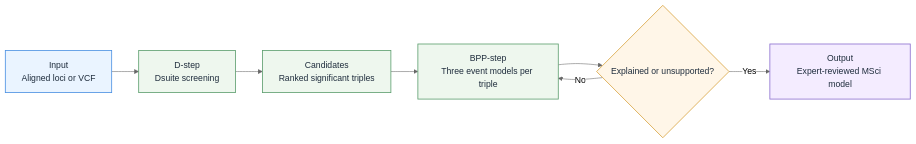
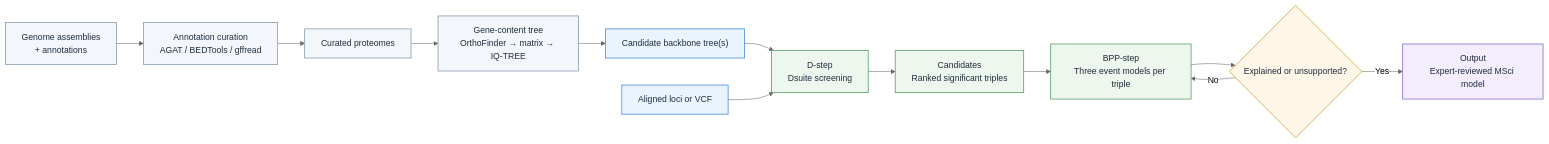
The diagram in README.md (yangyang9608/D-BPP_Workflow), drawn with Mermaid (neutral theme) before and after one commit. The commit also changed other lines of this file and 20 other files, not shown here.

Commit message:
Add upstream annotation curation and gene-content tree workflow

````diff
--- a/README.md
+++ b/README.md
@@ -14,29 +14,33 @@
 ```mermaid
 flowchart LR
-    %% Nodes
-    A["Input<br/>Aligned loci or VCF"]
+    G["Genome assemblies<br/>+ annotations"]
+    H["Annotation curation<br/>AGAT / BEDTools / gffread"]
+    I["Curated proteomes"]
+    J["Gene-content tree<br/>OrthoFinder → matrix → IQ-TREE"]
+    T["Candidate backbone tree(s)"]
+    A["Aligned loci or VCF"]
     B["D-step<br/>Dsuite screening"]
     C["Candidates<br/>Ranked significant triples"]
     D["BPP-step<br/>Three event models per triple"]
     E{"Explained or unsupported?"}
     F["Output<br/>Expert-reviewed MSci model"]
 
-    %% Flow
+    G --> H --> I --> J --> T
+    T --> B
     A --> B
-    B --> C
-    C --> D
-    D --> E
+    B --> C --> D --> E
     E -- "No" --> D
     E -- "Yes" --> F
 
-    %% Styling
+    classDef upstream fill:#F3F7FB,stroke:#7A8FA6,stroke-width:1.3px,color:#1F2D3D;
     classDef input fill:#EAF4FF,stroke:#4A90E2,stroke-width:1.5px,color:#1F2D3D;
     classDef process fill:#EEF7EE,stroke:#5C9E6E,stroke-width:1.5px,color:#1F2D3D;
     classDef decision fill:#FFF6E8,stroke:#D9A441,stroke-width:1.5px,color:#1F2D3D;
     classDef output fill:#F4ECFF,stroke:#8B6FCF,stroke-width:1.5px,color:#1F2D3D;
 
-    class A input;
+    class G,H,I,J upstream;
+    class T,A input;
     class B,C,D process;
     class E decision;
     class F output;
 ```
````
